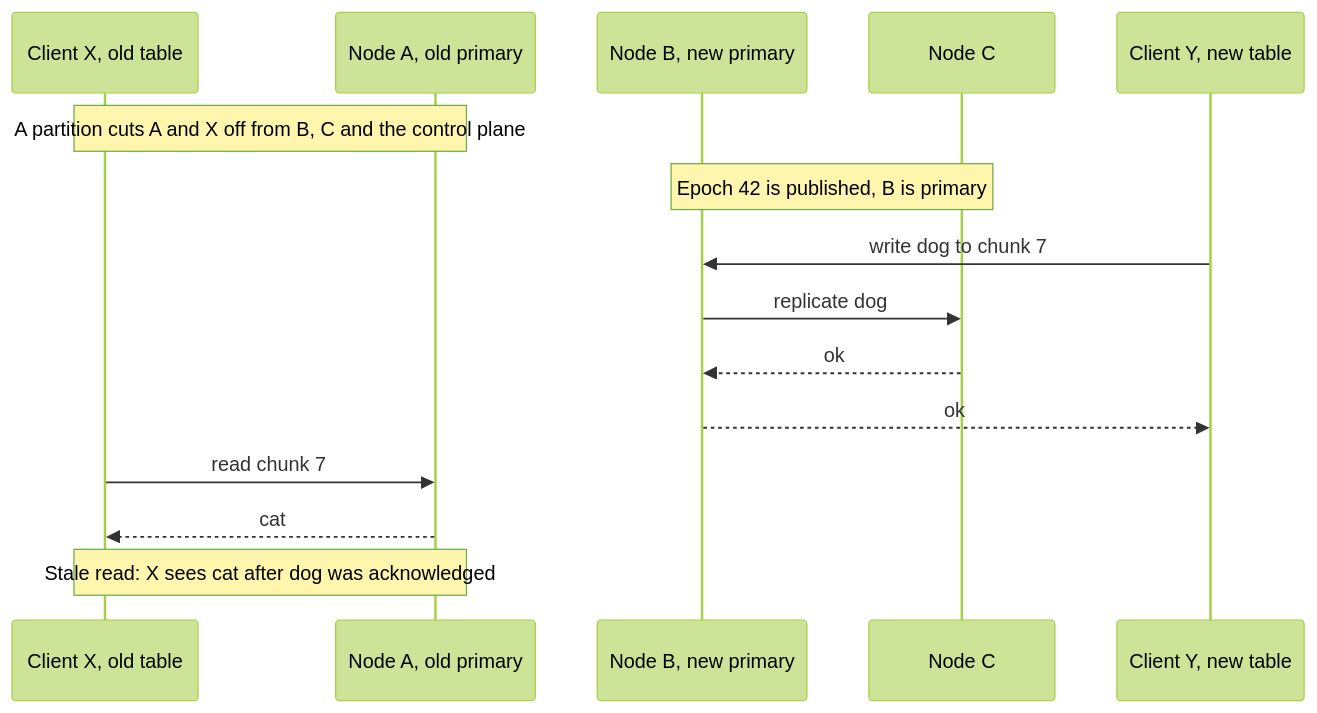
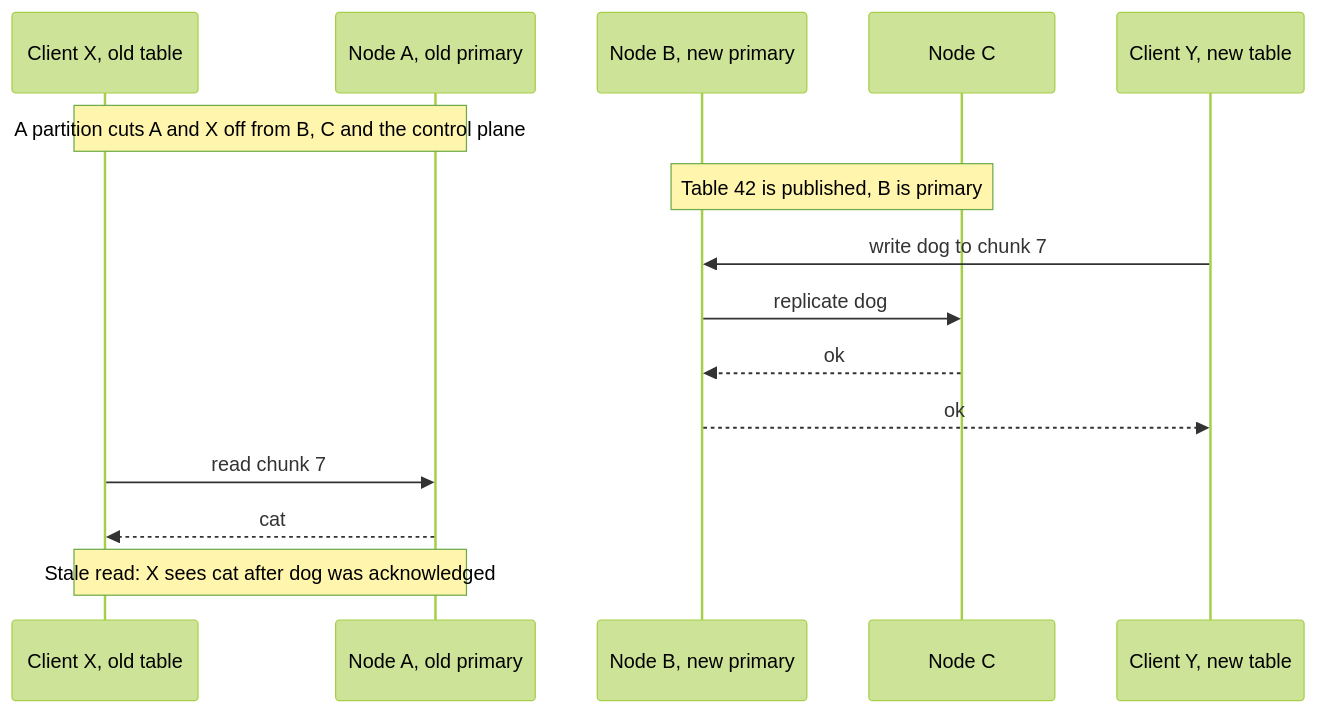
Before and after one commit to nvcnvn/rock-solid: the second of 9 diagrams in blogs/03-epochs-leases-and-failures.md, drawn with Mermaid (forest theme). The commit also changed other lines of this file and 11 other files, not shown here.

````diff
--- a/blogs/03-epochs-leases-and-failures.md
+++ b/blogs/03-epochs-leases-and-failures.md
@@ -85,17 +89,17 @@
 ```mermaid
 sequenceDiagram
     participant X as Client X, old table
     participant A as Node A, old primary
     participant B as Node B, new primary
     participant C as Node C
     participant Y as Client Y, new table
     Note over X,A: A partition cuts A and X off from B, C and the control plane
-    Note over B,C: Epoch 42 is published, B is primary
+    Note over B,C: Table 42 is published, B is primary
     Y->>B: write dog to chunk 7
     B->>C: replicate dog
     C-->>B: ok
     B-->>Y: ok
     X->>A: read chunk 7
     A-->>X: cat
     Note over X,A: Stale read: X sees cat after dog was acknowledged
 ```
````
